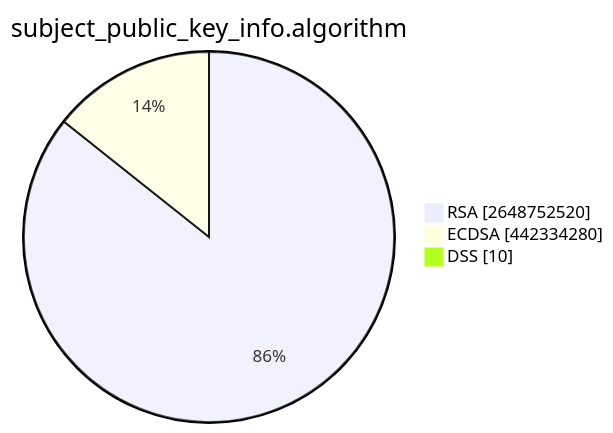
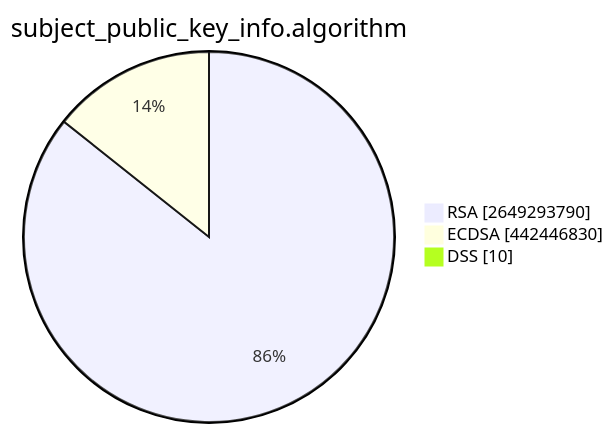
The second of 15 diagrams in TOTAL/README.md (christiankrug/ctmonitor_visualization), drawn with Mermaid before and after one commit. The commit also changed other lines of this file, not shown here.

````diff
--- a/TOTAL/README.md
+++ b/TOTAL/README.md
@@ -6,7 +6,7 @@
 ```mermaid
 pie showData
 title subject_public_key_info.algorithm
-"RSA" :2648752520
-"ECDSA" :442334280
+"RSA" :2649293790
+"ECDSA" :442446830
 "DSS" :10
 ```
````
